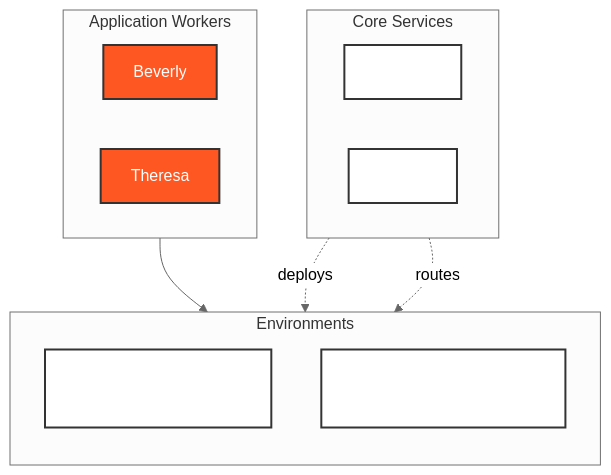
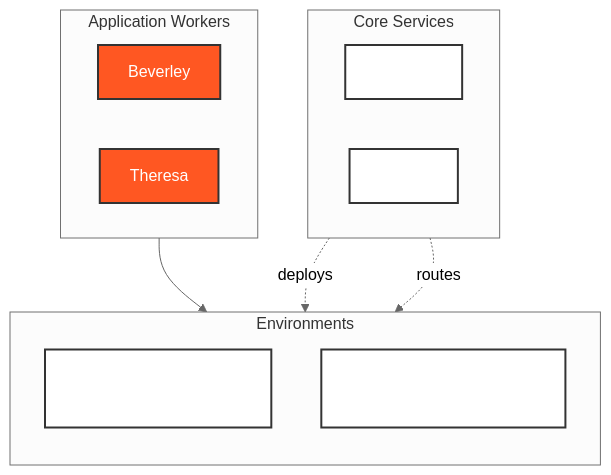
One commit to Indy-Center/docs changed the third of 3 diagrams in docs/getting-started/our-cluster.md. Above: the diagram before and after it, drawn with Mermaid (neutral theme). The commit also changed other lines of this file and 1 other file, not shown here.

Commit message:
Fix spelling on Beverley.

````diff
--- a/docs/getting-started/our-cluster.md
+++ b/docs/getting-started/our-cluster.md
@@ -56,32 +56,32 @@
 ```mermaid
 flowchart TB
     %% Styling
     classDef node fill:#ff5722,stroke:#333,stroke-width:2px,color:white;
     classDef service fill:#fff,stroke:#333,stroke-width:2px;
 
     %% Worker Nodes
     subgraph workers["Application Workers"]
         direction LR
-        beverly["Beverly"]:::node
+        beverley["Beverley"]:::node
         theresa["Theresa"]:::node
     end
 
     %% Workloads
     subgraph envs["Environments"]
         direction TB
         prod["Production Namespace<br/>*.zid-internal.com"]:::service
         dev["Development Namespace<br/>*.dev.zid-internal.com"]:::service
     end
 
     %% Core Services that interact with workloads
     subgraph core["Core Services"]
         direction LR
         argocd["ArgoCD"]:::service
         traefik["Traefik"]:::service
     end
 
     %% Relationships
     workers --> envs
     argocd -. "deploys" .-> envs
     traefik -. "routes" .-> envs
 ```
````
